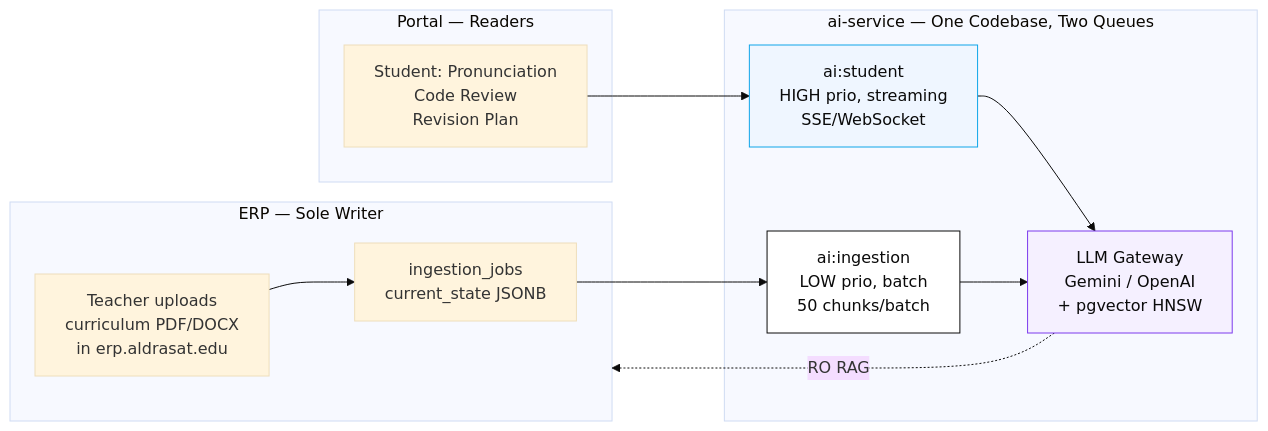
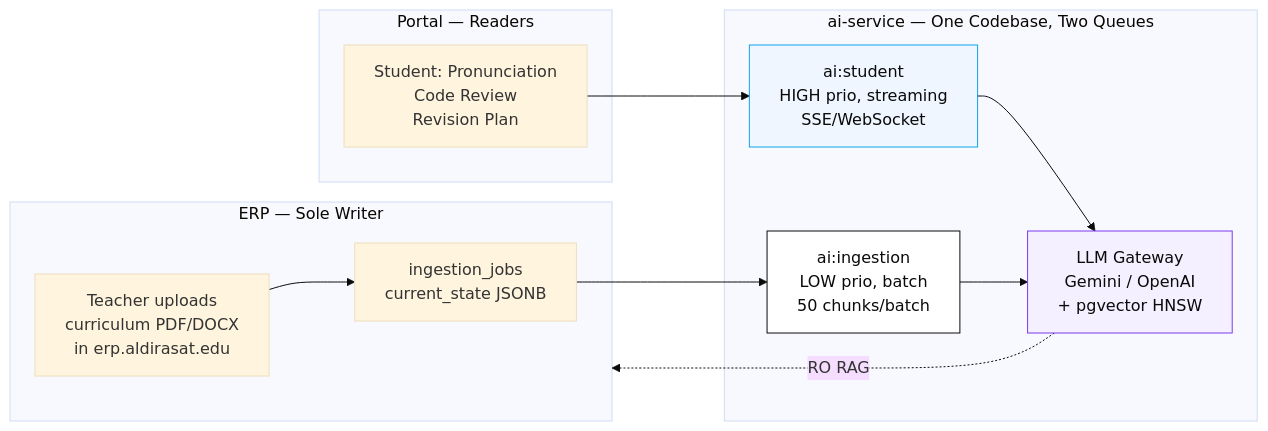
The sixth of 8 diagrams in docs/architecture/portal-architecture.md (Mahbob25/ILMS-IERP), drawn with Mermaid (base theme) before and after one commit. The commit also changed other lines of this file and 29 other files, not shown here.

First line of the commit message:
fix: correct "aldrasat" typo to "aldirasat" everywhere

````diff
--- a/docs/architecture/portal-architecture.md
+++ b/docs/architecture/portal-architecture.md
@@ -293,26 +293,26 @@
 ```mermaid
 flowchart LR
     subgraph ERPWriter[ERP — Sole Writer]
-        U[Teacher uploads<br/>curriculum PDF/DOCX<br/>in erp.aldrasat.edu]
+        U[Teacher uploads<br/>curriculum PDF/DOCX<br/>in erp.aldirasat.edu]
         J[ingestion_jobs<br/>current_state JSONB]
     end
     subgraph AIPlane[ai-service — One Codebase, Two Queues]
         QI[ai:ingestion<br/>LOW prio, batch<br/>50 chunks/batch]
         QS[ai:student<br/>HIGH prio, streaming<br/>SSE/WebSocket]
         LLM[LLM Gateway<br/>Gemini / OpenAI<br/>+ pgvector HNSW]
     end
     subgraph PortalReads[Portal — Readers]
         S[Student: Pronunciation<br/>Code Review<br/>Revision Plan]
     end
 
     U --> J --> QI --> LLM
     S --> QS --> LLM
     LLM -. RO RAG .-> ERPWriter
 
     classDef low fill:#fff,stroke:#0A0A0A,color:#0A0A0A
     classDef high fill:#EFF6FF,stroke:#0EA5E9,color:#0A0A0A
     classDef gw fill:#F5F0FF,stroke:#7C3AED,color:#0A0A0A
     class QI low
     class QS high
     class LLM gw
 ```
````
